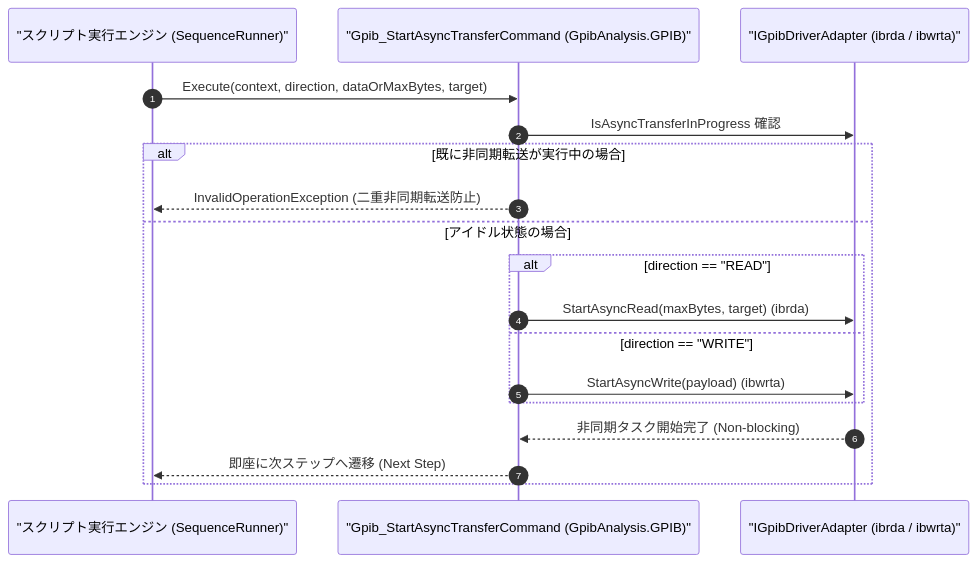
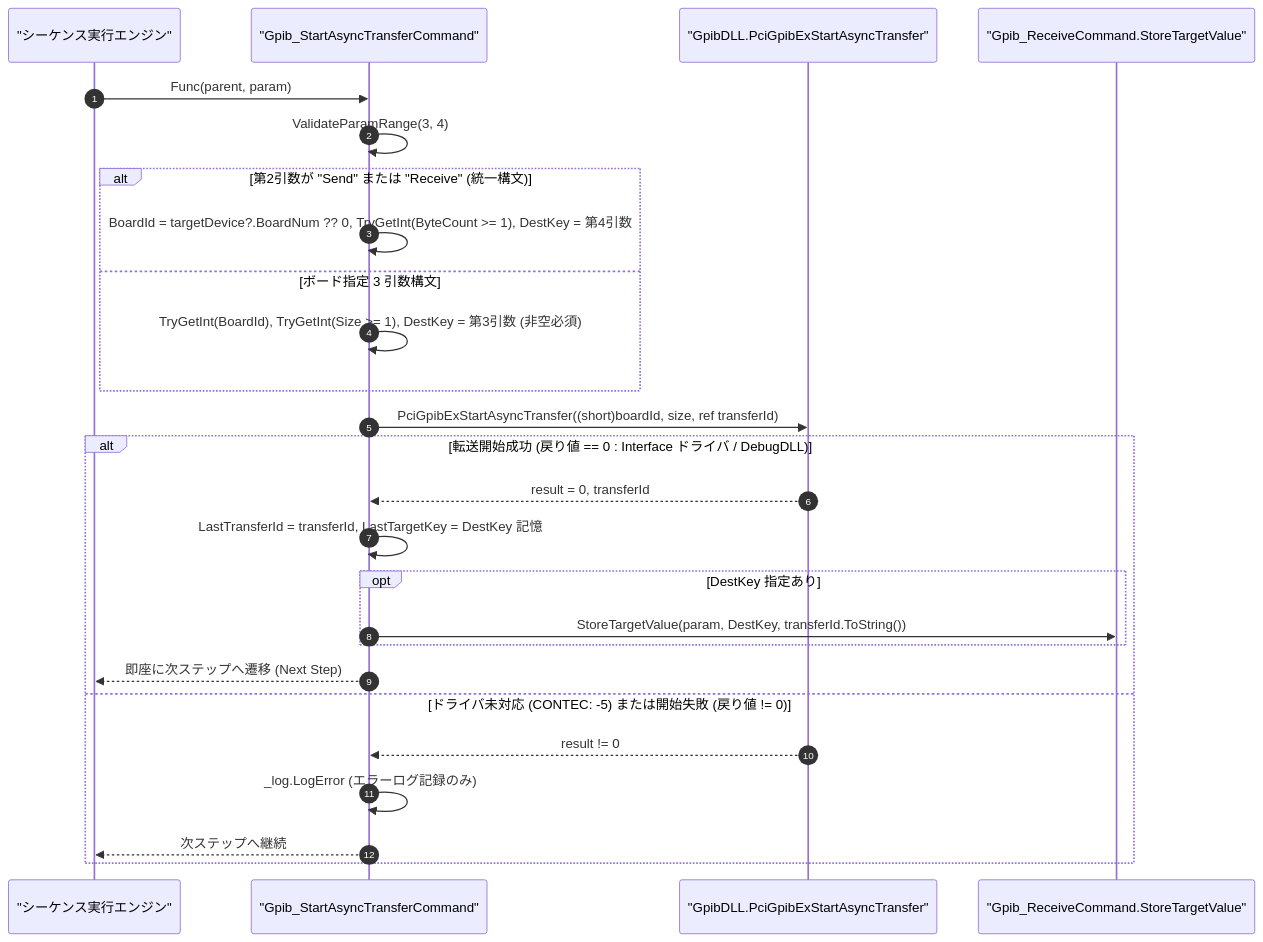
Before and after one commit to Monaca-App/GpibAddIn: the diagram in Manual/GPIB/Gpib_StartAsyncTransfer.Md, drawn with Mermaid. The commit also changed other lines of this file and 32 other files, not shown here.

````diff
--- a/Manual/GPIB/Gpib_StartAsyncTransfer.Md
+++ b/Manual/GPIB/Gpib_StartAsyncTransfer.Md
@@ -71,21 +76,29 @@
 ```mermaid
 sequenceDiagram
     autonumber
-    participant Script as "スクリプト実行エンジン (SequenceRunner)"
-    participant Cmd as "Gpib_StartAsyncTransferCommand (GpibAnalysis.GPIB)"
-    participant Drv as "IGpibDriverAdapter (ibrda / ibwrta)"
+    participant Script as "シーケンス実行エンジン"
+    participant Cmd as "Gpib_StartAsyncTransferCommand"
+    participant Dll as "GpibDLL.PciGpibExStartAsyncTransfer"
+    participant Var as "Gpib_ReceiveCommand.StoreTargetValue"
 
-    Script->>Cmd: Execute(context, direction, dataOrMaxBytes, target)
-    Cmd->>Drv: IsAsyncTransferInProgress 確認
-    alt 既に非同期転送が実行中の場合
-        Cmd-->>Script: InvalidOperationException (二重非同期転送防止)
-    else アイドル状態の場合
-        alt direction == "READ"
-            Cmd->>Drv: StartAsyncRead(maxBytes, target) (ibrda)
-        else direction == "WRITE"
-            Cmd->>Drv: StartAsyncWrite(payload) (ibwrta)
+    Script->>Cmd: Func(parent, param)
+    Cmd->>Cmd: ValidateParamRange(3, 4)
+    alt 第2引数が "Send" または "Receive" (統一構文)
+        Cmd->>Cmd: BoardId = targetDevice?.BoardNum ?? 0, TryGetInt(ByteCount >= 1), DestKey = 第4引数
+    else ボード指定 3 引数構文
+        Cmd->>Cmd: TryGetInt(BoardId), TryGetInt(Size >= 1), DestKey = 第3引数 (非空必須)
+    end
+    Cmd->>Dll: PciGpibExStartAsyncTransfer((short)boardId, size, ref transferId)
+    alt 転送開始成功 (戻り値 == 0 : Interface ドライバ / DebugDLL)
+        Dll-->>Cmd: result = 0, transferId
+        Cmd->>Cmd: LastTransferId = transferId, LastTargetKey = DestKey 記憶
+        opt DestKey 指定あり
+            Cmd->>Var: StoreTargetValue(param, DestKey, transferId.ToString())
         end
-        Drv-->>Cmd: 非同期タスク開始完了 (Non-blocking)
         Cmd-->>Script: 即座に次ステップへ遷移 (Next Step)
+    else ドライバ未対応 (CONTEC: -5) または開始失敗 (戻り値 != 0)
+        Dll-->>Cmd: result != 0
+        Cmd->>Cmd: _log.LogError (エラーログ記録のみ)
+        Cmd-->>Script: 次ステップへ継続
     end
 ```
````
